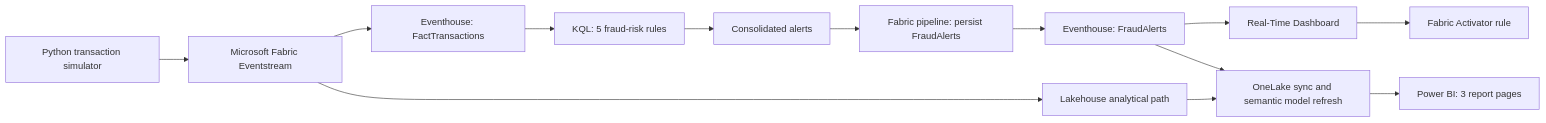
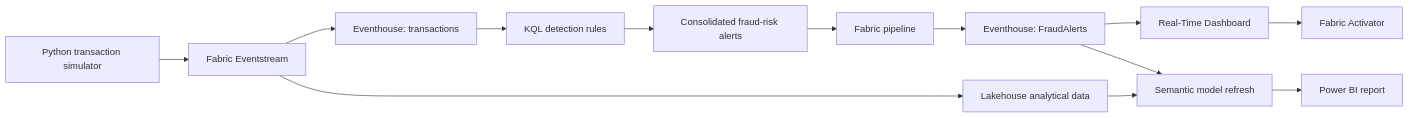
Before and after one commit to SupreetTarwarkar/Real-Time-Banking-Fraud-Analytics: the diagram in README.md, drawn with Mermaid. The commit also changed other lines of this file and 12 other files, not shown here.

````diff
--- a/README.md
+++ b/README.md
@@ -50,15 +49,15 @@
 ```mermaid
 flowchart LR
-    A["Python transaction simulator"] --> B["Microsoft Fabric Eventstream"]
-    B --> C["Eventhouse: FactTransactions"]
-    B --> D["Lakehouse analytical path"]
-    C --> E["KQL: 5 fraud-risk rules"]
-    E --> F["Consolidated alerts"]
-    F --> G["Fabric pipeline: persist FraudAlerts"]
+    A["Python transaction simulator"] --> B["Fabric Eventstream"]
+    B --> C["Eventhouse: transactions"]
+    B --> D["Lakehouse analytical data"]
+    C --> E["KQL detection rules"]
+    E --> F["Consolidated fraud-risk alerts"]
+    F --> G["Fabric pipeline"]
     G --> H["Eventhouse: FraudAlerts"]
     H --> I["Real-Time Dashboard"]
-    H --> J["OneLake sync and semantic model refresh"]
+    H --> J["Semantic model refresh"]
     D --> J
-    J --> K["Power BI: 3 report pages"]
-    I --> L["Fabric Activator rule"]
+    J --> K["Power BI report"]
+    I --> L["Fabric Activator"]
 ```
````
